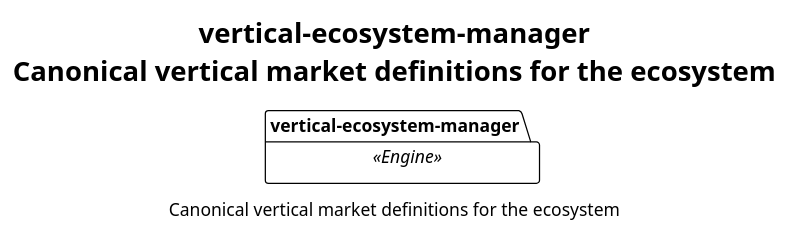
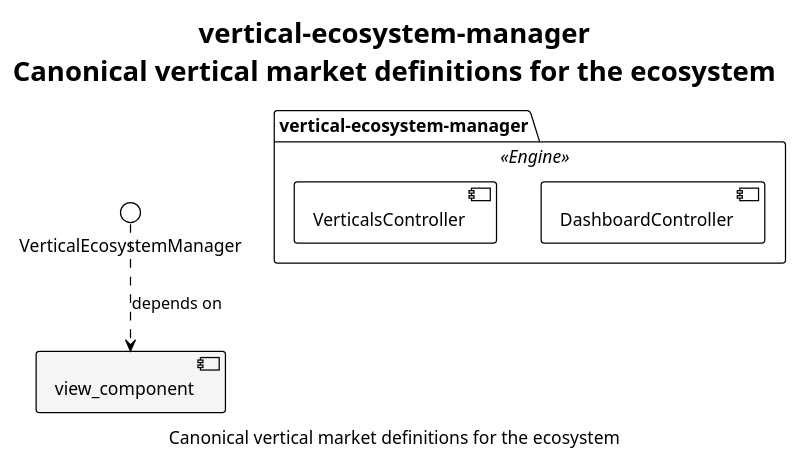
Before and after one commit to laquereric/engine-vertical-ecosystem-manager: the diagram in doc/reflection/architecture.puml, drawn with PlantUML. The commit also changed 5 other files, not shown here.

First line of the commit message:
Update engine-vertical-ecosystem-manager

```diff
--- a/doc/reflection/architecture.puml
+++ b/doc/reflection/architecture.puml
@@ -1,19 +1,25 @@
 @startuml architecture
 !theme plain
 
 skinparam component {
   BackgroundColor<<Engine>> #E1F5FE
   BorderColor<<Engine>> #0288D1
   BackgroundColor<<Gem>> #FFF3E0
   BorderColor<<Gem>> #F57C00
   BackgroundColor<<Model>> #E8F5E9
   BorderColor<<Model>> #388E3C
 }
 
 title vertical-ecosystem-manager\nCanonical vertical market definitions for the ecosystem
 
 package "vertical-ecosystem-manager" <<Engine>> {
+  component "DashboardController" as DashboardController
+  component "VerticalsController" as VerticalsController
 }
+
+component "view_component" as ViewComponent #F5F5F5
+
+VerticalEcosystemManager ..> ViewComponent : depends on
 
 caption Canonical vertical market definitions for the ecosystem
 @enduml
```
